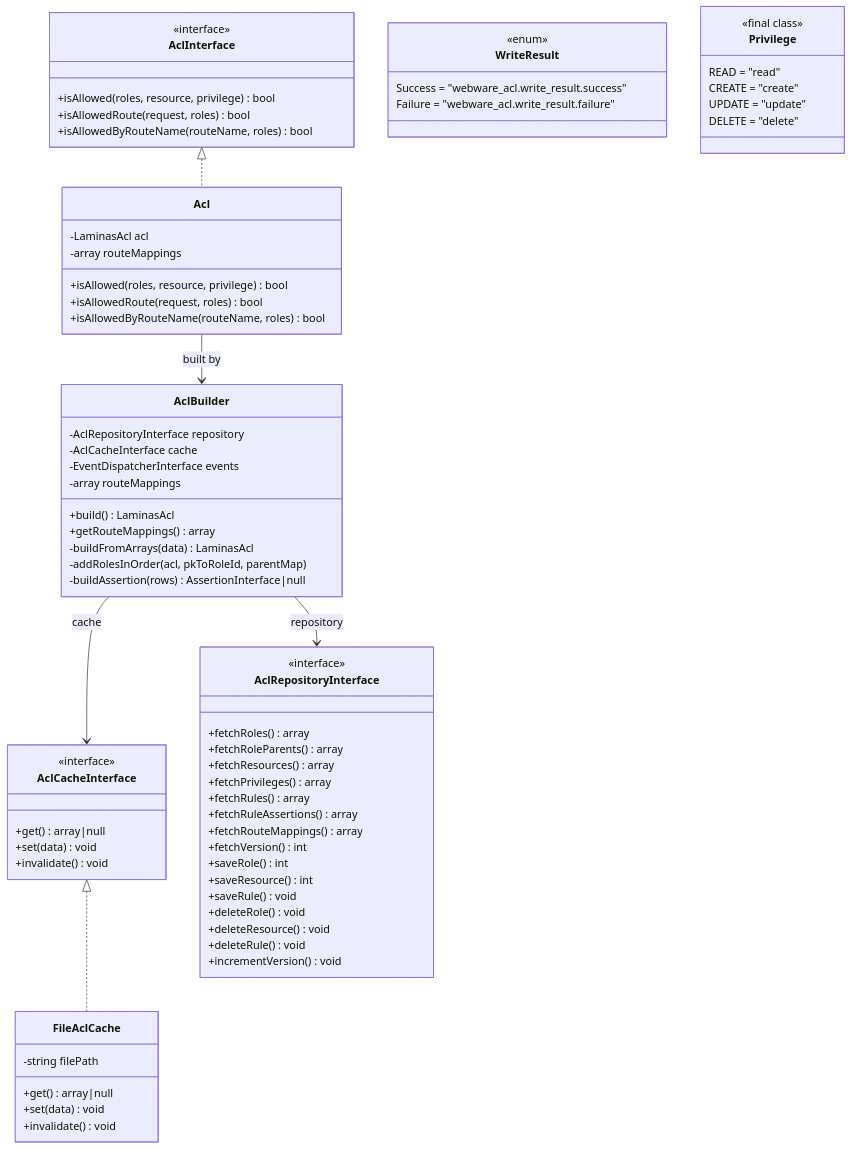
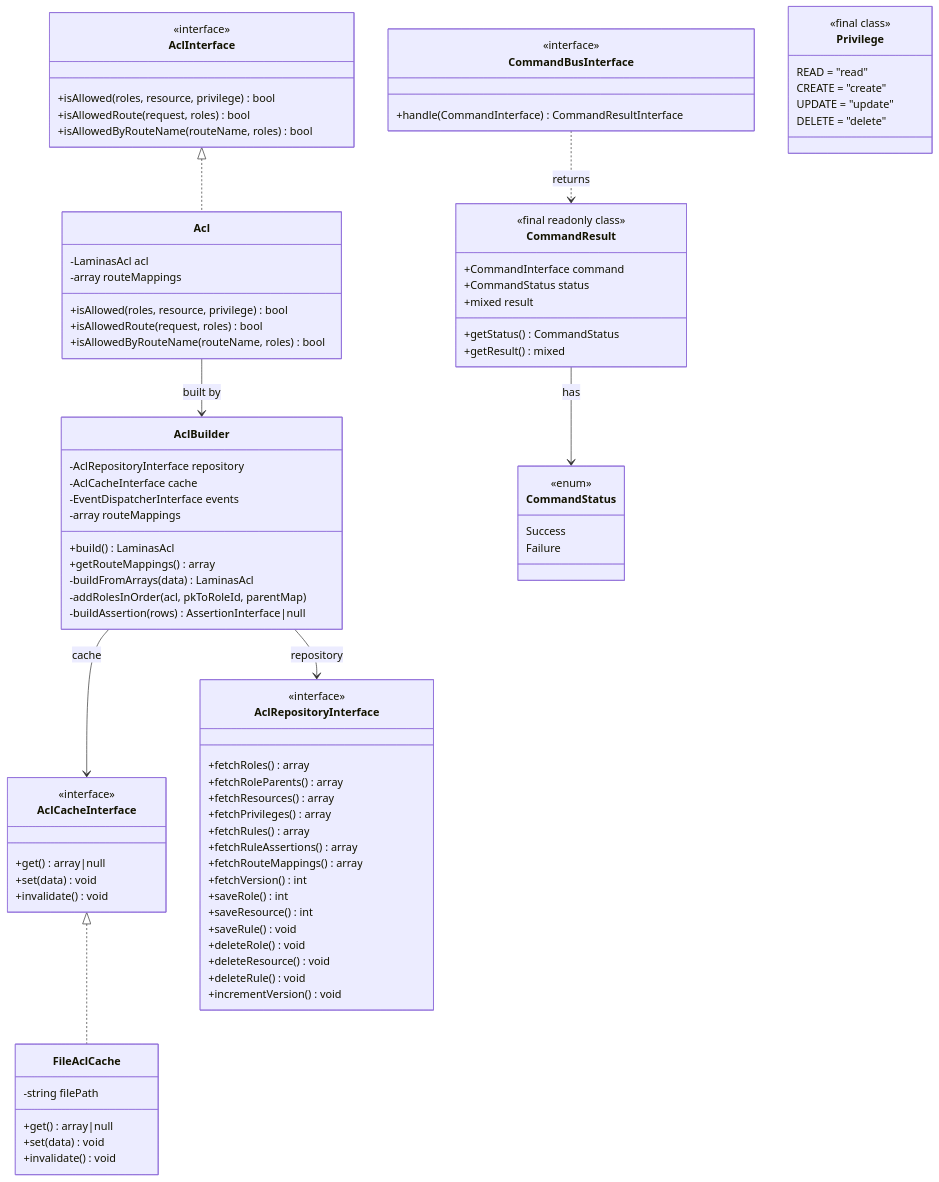
Before and after one commit to tyrsson/farmers-store-inventory: the fifth of 9 diagrams in src/webware-acl/docs/architecture/blueprint.md, drawn with Mermaid. The commit also changed other lines of this file and 98 other files, not shown here.

Commit message:
sprint block 3 - webware-acl and ims-manifest refactor to commandbus

````diff
--- a/src/webware-acl/docs/architecture/blueprint.md
+++ b/src/webware-acl/docs/architecture/blueprint.md
@@ -167,10 +174,24 @@
         +incrementVersion() void
     }
 
-    class WriteResult {
+    class CommandBusInterface {
+        <<interface>>
+        +handle(CommandInterface) CommandResultInterface
+    }
+
+    class CommandResult {
+        <<final readonly class>>
+        +CommandInterface command
+        +CommandStatus status
+        +mixed result
+        +getStatus() CommandStatus
+        +getResult() mixed
+    }
+
+    class CommandStatus {
         <<enum>>
-        Success = "webware_acl.write_result.success"
-        Failure = "webware_acl.write_result.failure"
+        Success
+        Failure
     }
 
     class Privilege {
@@ -186,4 +207,6 @@
     Acl --> AclBuilder : built by
     AclBuilder --> AclCacheInterface : cache
     AclBuilder --> AclRepositoryInterface : repository
+    CommandResult --> CommandStatus : has
+    CommandBusInterface ..> CommandResult : returns
 ```
````
